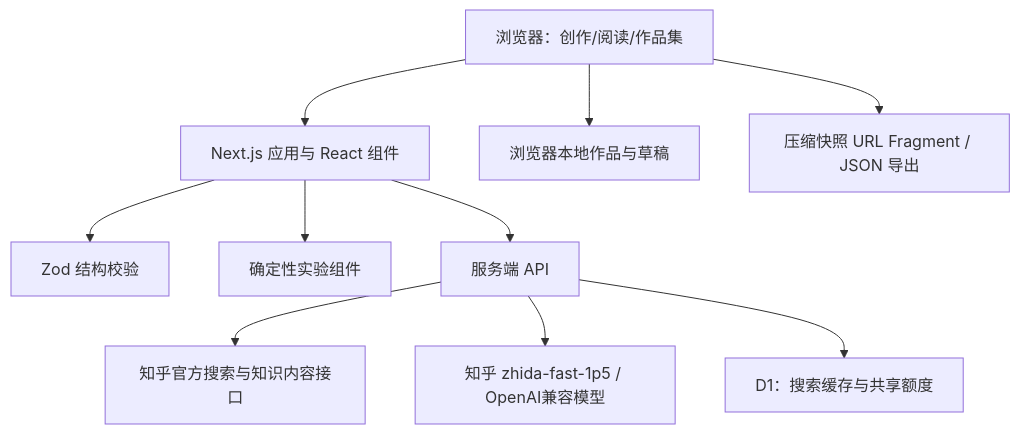
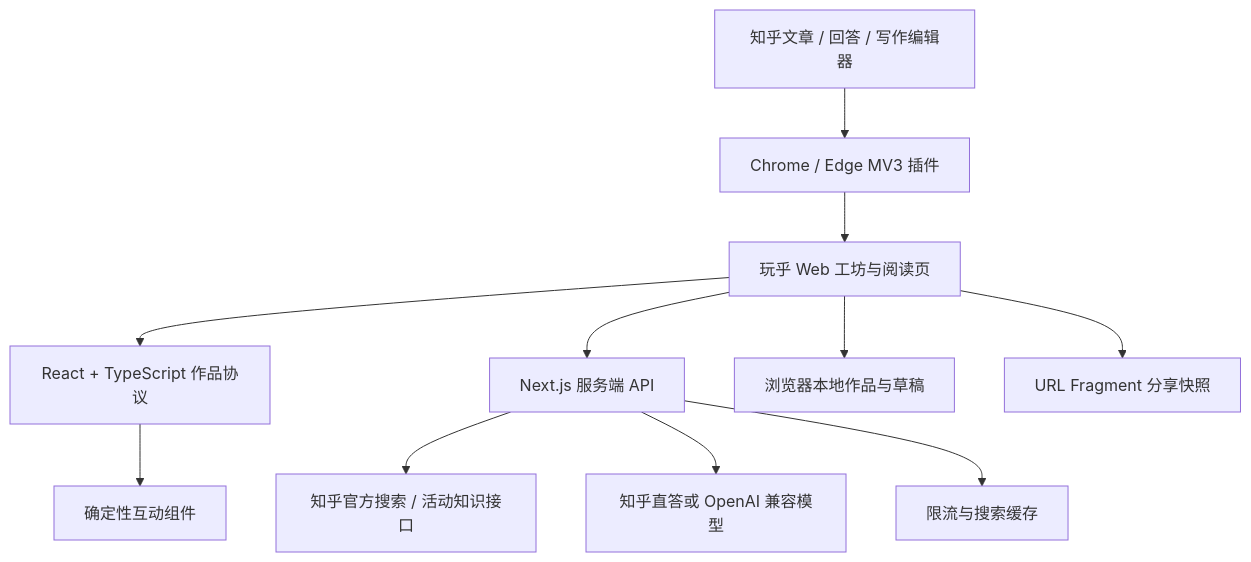
Before and after one commit to Weichenleeeee123/wanhu-interactive-knowledge: the third of 3 diagrams in submission/product-description-plan.md, drawn with Mermaid. The commit also changed other lines of this file and 7 other files, not shown here.

````diff
--- a/submission/product-description-plan.md
+++ b/submission/product-description-plan.md
@@ -98,12 +253,13 @@
 ```mermaid
 flowchart TB
-  U[浏览器：创作/阅读/作品集] --> N[Next.js 应用与 React 组件]
-  N --> V[Zod 结构校验]
-  N --> E[确定性实验组件]
-  N --> S[服务端 API]
-  S --> Z[知乎官方搜索与知识内容接口]
-  S --> M[知乎 zhida-fast-1p5 / OpenAI兼容模型]
-  S --> C[D1：搜索缓存与共享额度]
-  U --> L[浏览器本地作品与草稿]
-  U --> F[压缩快照 URL Fragment / JSON 导出]
+  Z[知乎文章 / 回答 / 写作编辑器] --> X[Chrome / Edge MV3 插件]
+  X --> W[玩乎 Web 工坊与阅读页]
+  W --> R[React + TypeScript 作品协议]
+  R --> I[确定性互动组件]
+  W --> S[Next.js 服务端 API]
+  S --> Q[知乎官方搜索 / 活动知识接口]
+  S --> M[知乎直答或 OpenAI 兼容模型]
+  W --> L[浏览器本地作品与草稿]
+  W --> F[URL Fragment 分享快照]
+  S --> C[限流与搜索缓存]
 ```
````
